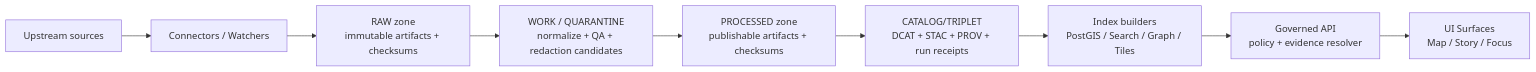
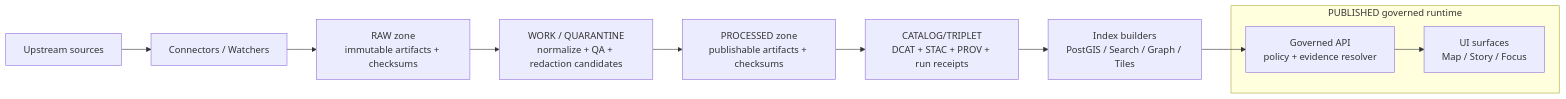
Before and after one commit to bartytime4life/Kansas-Frontier-Matrix: the diagram in packages/ingest/README.md, drawn with Mermaid. The commit also changed other lines of this file, not shown here.

````diff
--- a/packages/ingest/README.md
+++ b/packages/ingest/README.md
@@ -134,11 +186,17 @@
 ```mermaid
 flowchart LR
   U[Upstream sources] --> C[Connectors / Watchers]
   C --> R[RAW zone\nimmutable artifacts + checksums]
   R --> W[WORK / QUARANTINE\nnormalize + QA + redaction candidates]
   W --> P[PROCESSED zone\npublishable artifacts + checksums]
   P --> T[CATALOG/TRIPLET\nDCAT + STAC + PROV + run receipts]
   T --> X[Index builders\nPostGIS / Search / Graph / Tiles]
-  X --> A[Governed API\npolicy + evidence resolver]
-  A --> UI[UI Surfaces\nMap / Story / Focus]
+
+  subgraph PUB["PUBLISHED governed runtime"]
+    A[Governed API\npolicy + evidence resolver]
+    UI[UI surfaces\nMap / Story / Focus]
+    A --> UI
+  end
+
+  X --> A
 ```
````
